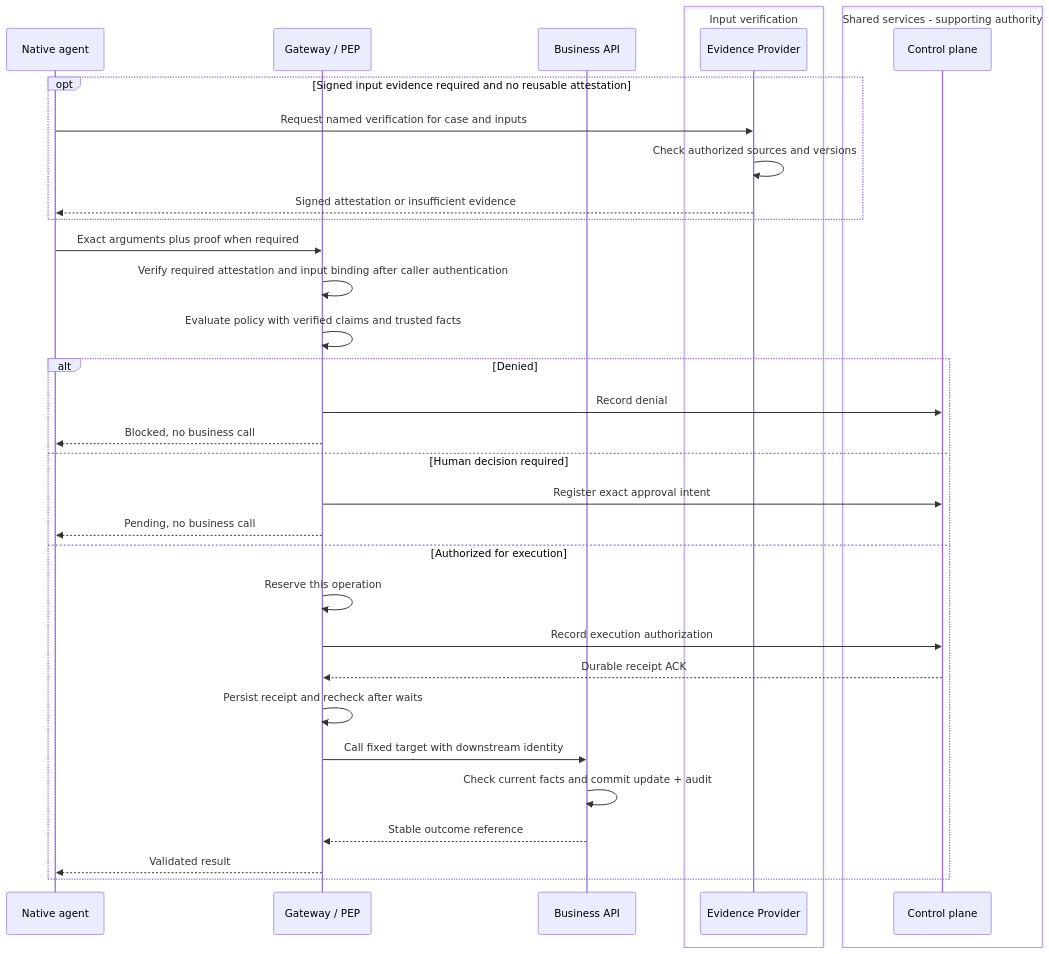
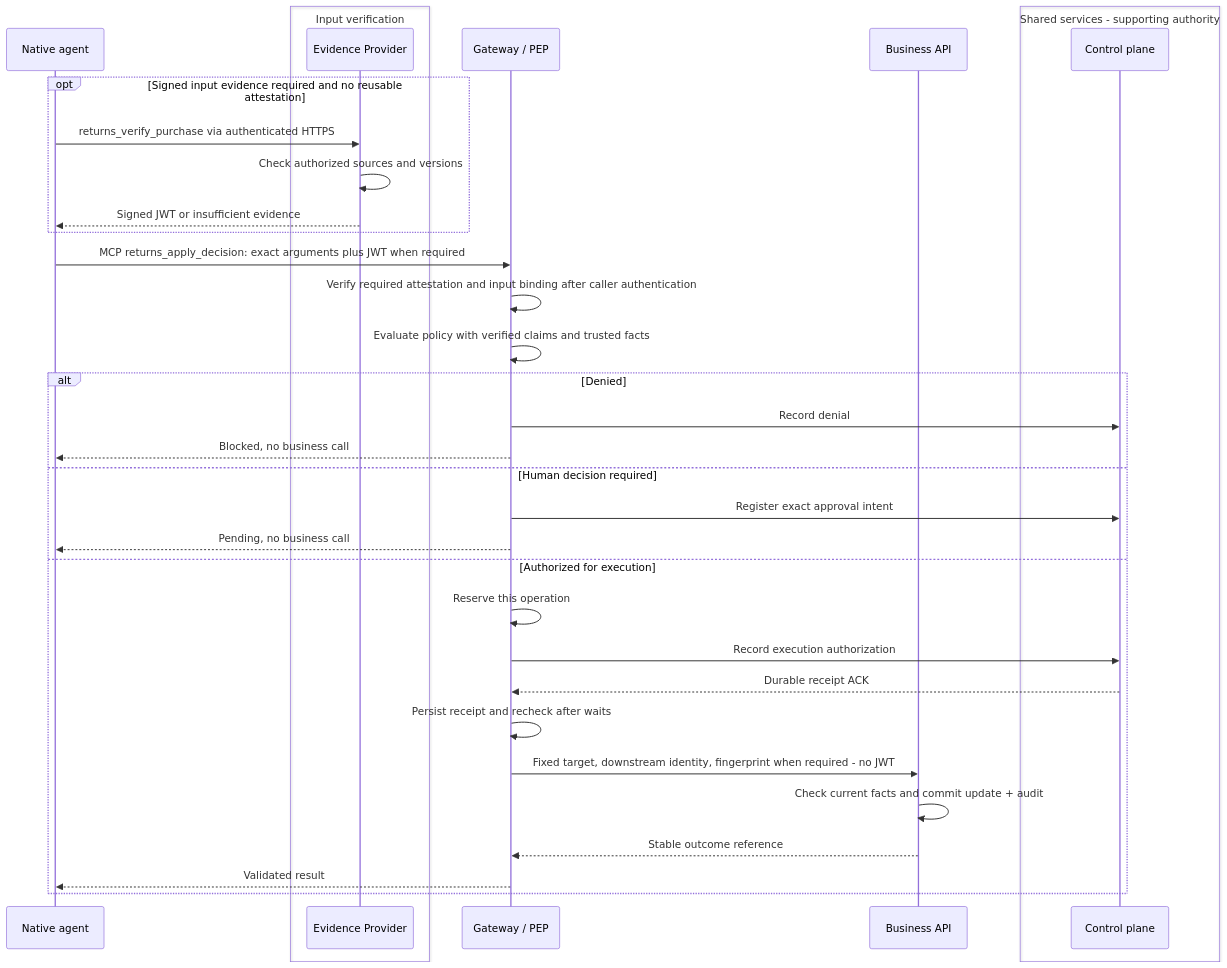
The second of 5 diagrams in docs/agent-governance-deep-dive.md (aiappsgbb/threadlight-skills), drawn with Mermaid before and after one commit. The commit also changed other lines of this file and 19 other files, not shown here.

First line of the commit message:
Clarify agent-owned JWT evidence exchange across public and expert guides

````diff
--- a/docs/agent-governance-deep-dive.md
+++ b/docs/agent-governance-deep-dive.md
@@ -441,36 +493,36 @@
 ```mermaid
 sequenceDiagram
     participant A as Native agent
-    participant G as Gateway / PEP
-    participant B as Business API
     box Input verification
         participant E as Evidence Provider
     end
+    participant G as Gateway / PEP
+    participant B as Business API
     box Shared services - supporting authority
         participant C as Control plane
     end
     opt Signed input evidence required and no reusable attestation
-        A->>E: Request named verification for case and inputs
+        A->>E: returns_verify_purchase via authenticated HTTPS
         E->>E: Check authorized sources and versions
-        E-->>A: Signed attestation or insufficient evidence
+        E-->>A: Signed JWT or insufficient evidence
     end
-    A->>G: Exact arguments plus proof when required
+    A->>G: MCP returns_apply_decision: exact arguments plus JWT when required
     G->>G: Verify required attestation and input binding after caller authentication
     G->>G: Evaluate policy with verified claims and trusted facts
     alt Denied
         G->>C: Record denial
         G-->>A: Blocked, no business call
     else Human decision required
         G->>C: Register exact approval intent
         G-->>A: Pending, no business call
     else Authorized for execution
         G->>G: Reserve this operation
         G->>C: Record execution authorization
         C-->>G: Durable receipt ACK
         G->>G: Persist receipt and recheck after waits
-        G->>B: Call fixed target with downstream identity
+        G->>B: Fixed target, downstream identity, fingerprint when required - no JWT
         B->>B: Check current facts and commit update + audit
         B-->>G: Stable outcome reference
         G-->>A: Validated result
     end
 ```
````
